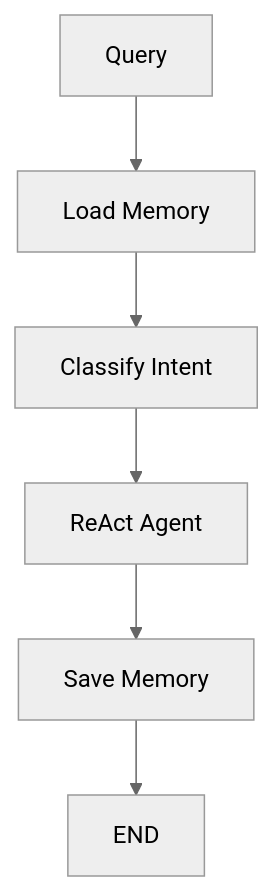
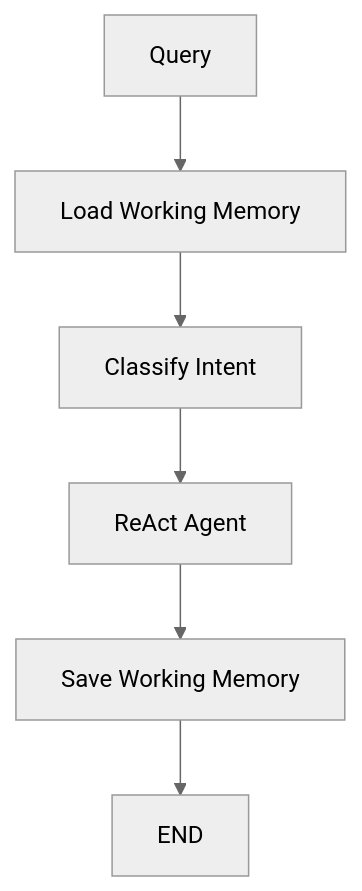
Before and after one commit to redis-developer/context-eng-matters: the fourth of 4 diagrams in progressive_agents/README.md, drawn with Mermaid (neutral theme). The commit also changed other lines of this file and 47 other files, not shown here.

````diff
--- a/progressive_agents/README.md
+++ b/progressive_agents/README.md
@@ -109,8 +109,8 @@
 ```mermaid
 graph TD
-    Q[Query] --> LM[Load Memory]
+    Q[Query] --> LM[Load Working Memory]
     LM --> IC[Classify Intent]
     IC --> RA[ReAct Agent]
-    RA --> SM[Save Memory]
+    RA --> SM[Save Working Memory]
     SM --> END
 ```
````
